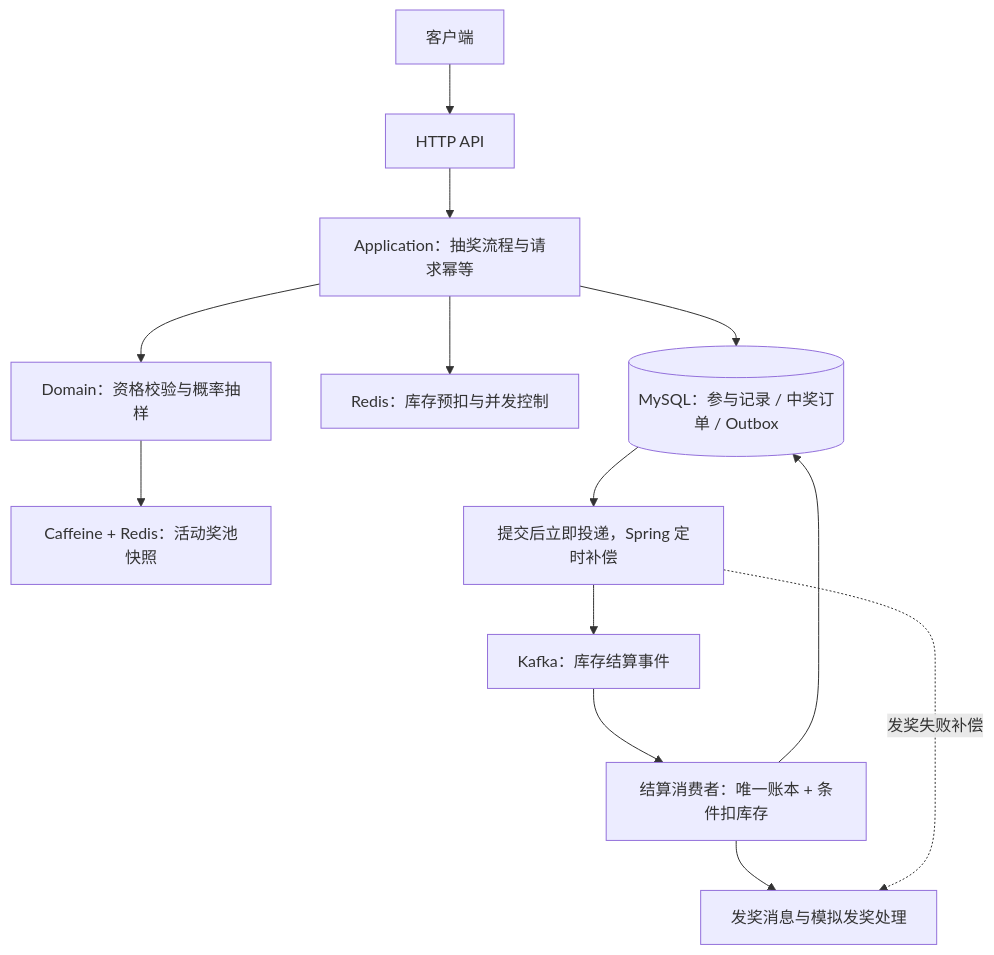
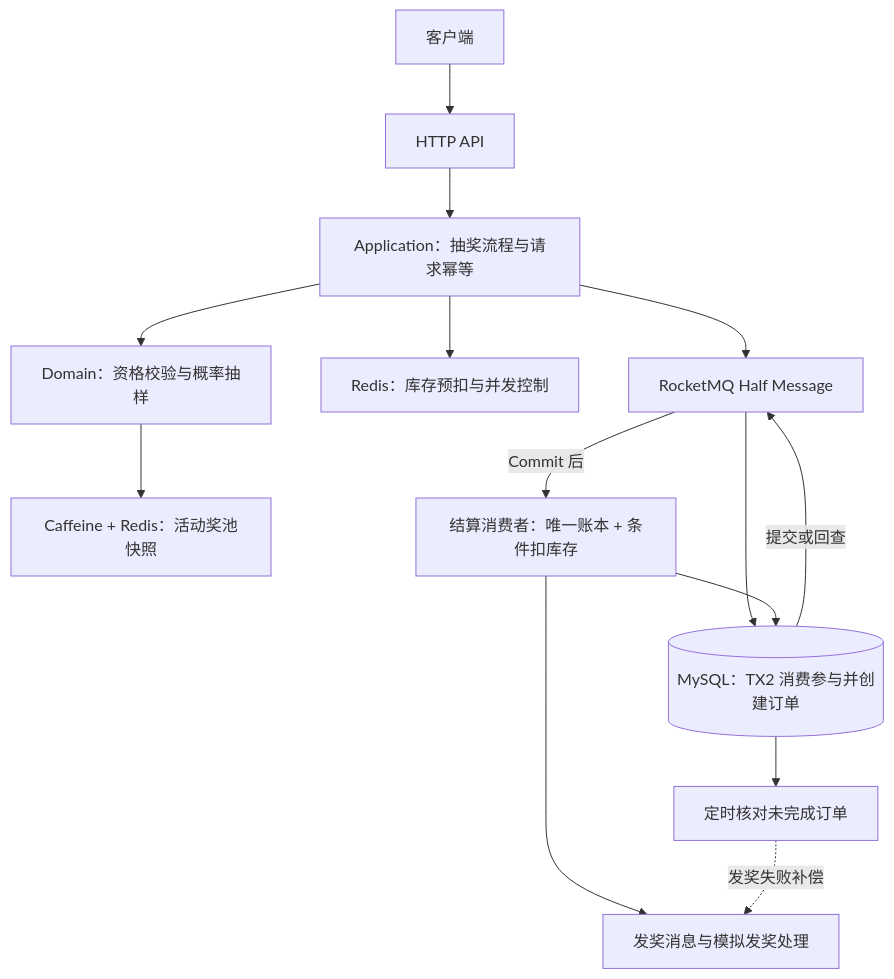
The diagram in README.md (kaguranananana/lottery), drawn with Mermaid before and after one commit. The commit also changed other lines of this file and 59 other files, not shown here.

````diff
--- a/README.md
+++ b/README.md
@@ -37,15 +37,16 @@
 ```mermaid
 flowchart TD
     U[客户端] --> API[HTTP API]
     API --> APP[Application：抽奖流程与请求幂等]
     APP --> DOMAIN[Domain：资格校验与概率抽样]
     APP --> REDIS[Redis：库存预扣与并发控制]
     DOMAIN --> CACHE[Caffeine + Redis：活动奖池快照]
-    APP --> DB[(MySQL：参与记录 / 中奖订单 / Outbox)]
-    DB --> JOB[提交后立即投递，Spring 定时补偿]
-    JOB --> MQ[Kafka：库存结算事件]
-    MQ --> SETTLE[结算消费者：唯一账本 + 条件扣库存]
+    APP --> MQ[RocketMQ Half Message]
+    MQ --> DB[(MySQL：TX2 消费参与并创建订单)]
+    DB -->|提交或回查| MQ
+    DB --> JOB[定时核对未完成订单]
+    MQ -->|Commit 后| SETTLE[结算消费者：唯一账本 + 条件扣库存]
     SETTLE --> DB
     SETTLE --> AWARD[发奖消息与模拟发奖处理]
     JOB -. 发奖失败补偿 .-> AWARD
 ```
````
